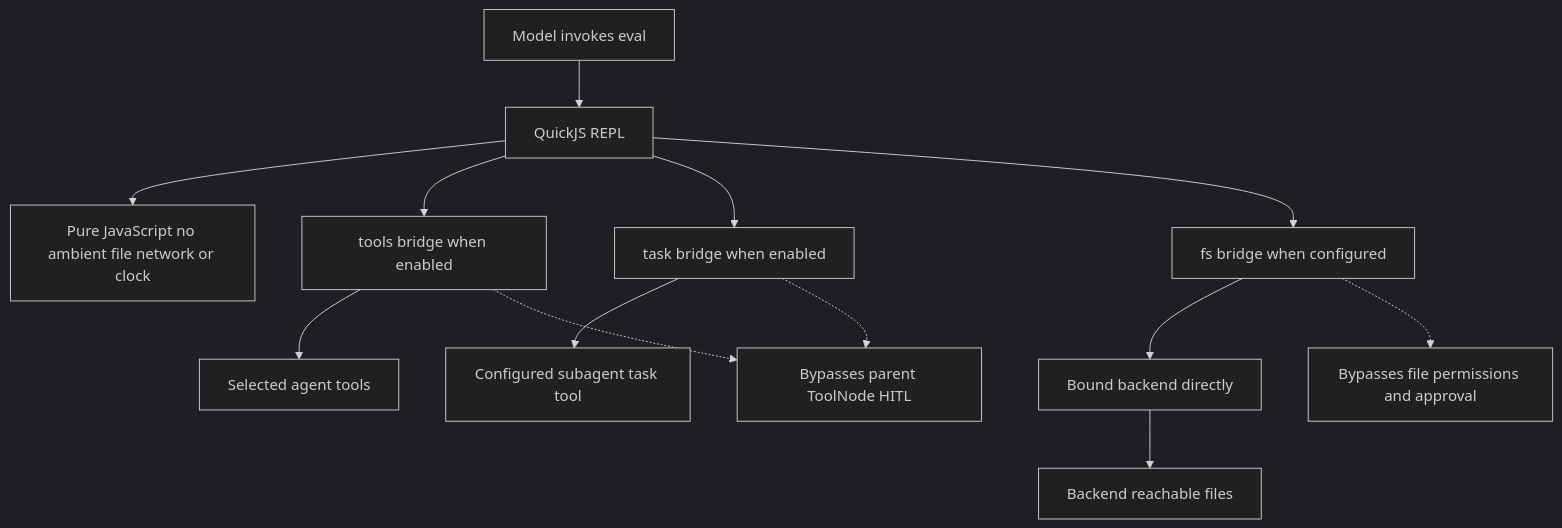
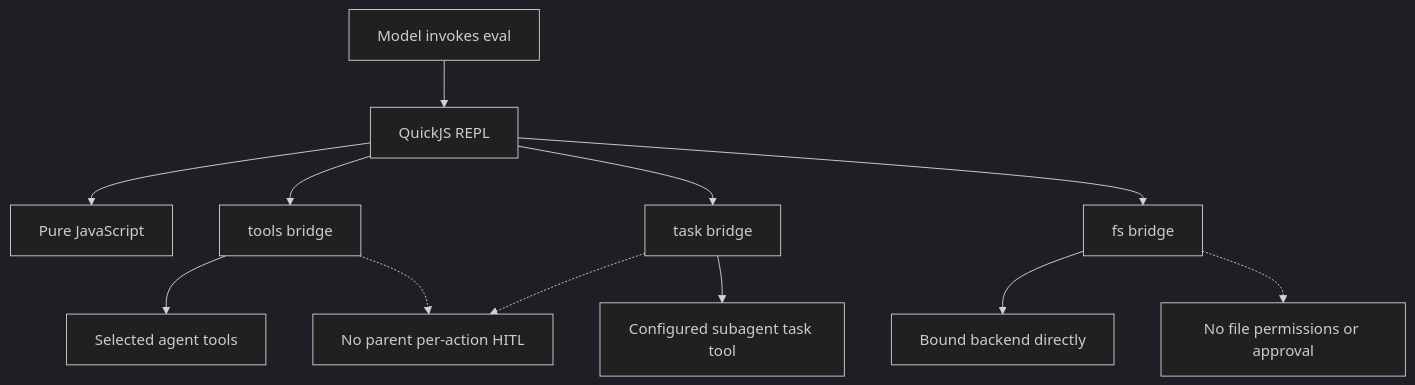
One commit to langchain-ai/deepagents changed the second of 3 diagrams in openwiki/integrations/sandbox-partners.md. Above: the diagram before and after it, drawn with Mermaid (dark theme). The commit also changed other lines of this file and 35 other files, not shown here.

````diff
--- a/openwiki/integrations/sandbox-partners.md
+++ b/openwiki/integrations/sandbox-partners.md
@@ -150,15 +116,14 @@
 ```mermaid
 flowchart TD
-    Model["Model invokes eval"] --> REPL["QuickJS REPL"]
-    REPL --> Pure["Pure JavaScript no ambient file network or clock"]
-    REPL --> PTC["tools bridge when enabled"]
-    REPL --> Task["task bridge when enabled"]
-    REPL --> FS["fs bridge when configured"]
-    PTC --> HostTools["Selected agent tools"]
+    Model["Model invokes eval"] --> Repl["QuickJS REPL"]
+    Repl --> Pure["Pure JavaScript"]
+    Repl --> PTC["tools bridge"]
+    Repl --> Task["task bridge"]
+    Repl --> FS["fs bridge"]
+    PTC --> Tools["Selected agent tools"]
     Task --> Subagents["Configured subagent task tool"]
     FS --> Backend["Bound backend directly"]
-    Backend --> Storage["Backend reachable files"]
-    PTC -.-> Bypass["Bypasses parent ToolNode HITL"]
-    Task -.-> Bypass
-    FS -.-> FileBypass["Bypasses file permissions and approval"]
+    PTC -.-> Approval["No parent per-action HITL"]
+    Task -.-> Approval
+    FS -.-> FileApproval["No file permissions or approval"]
 ```
````
